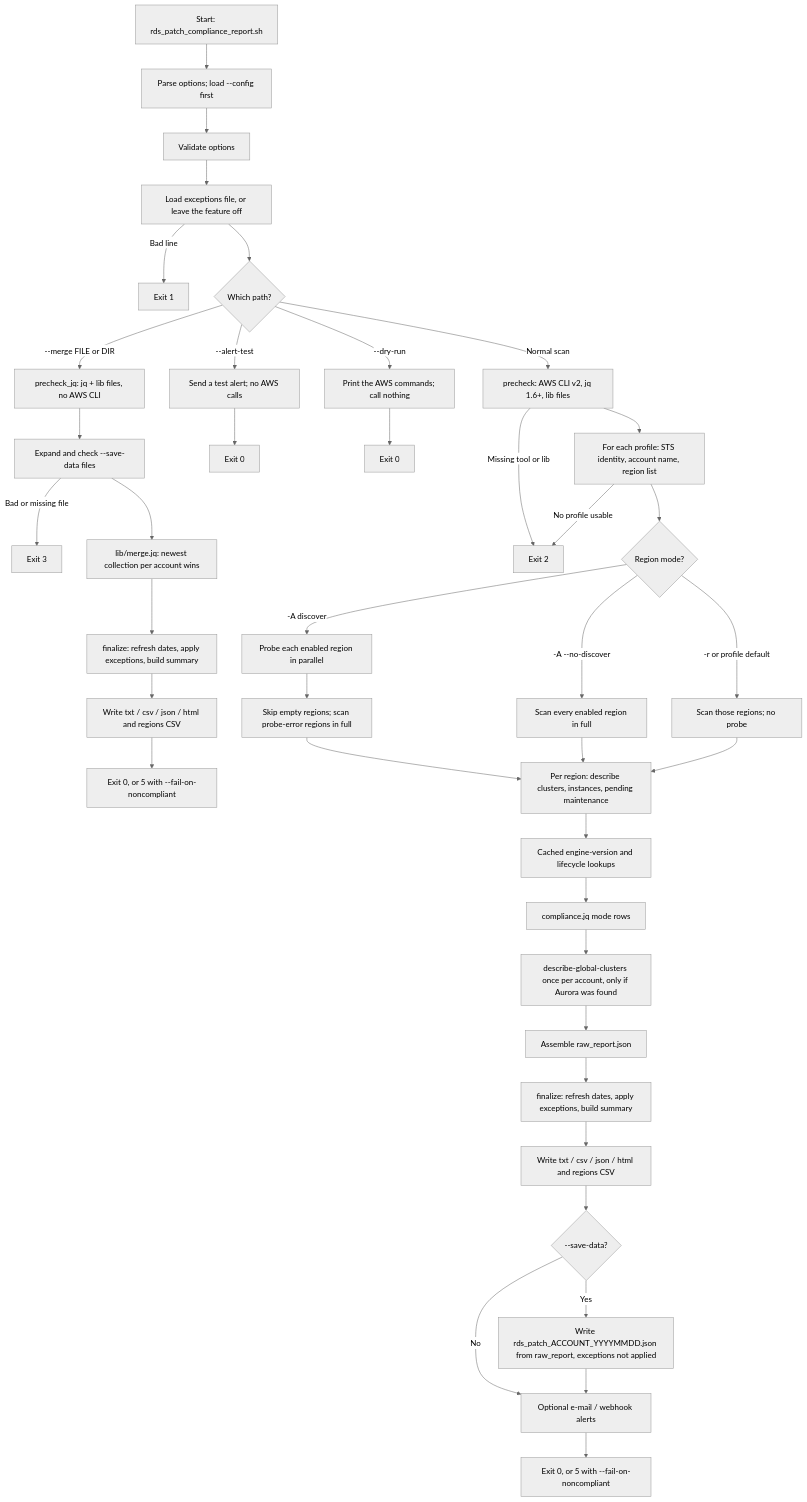
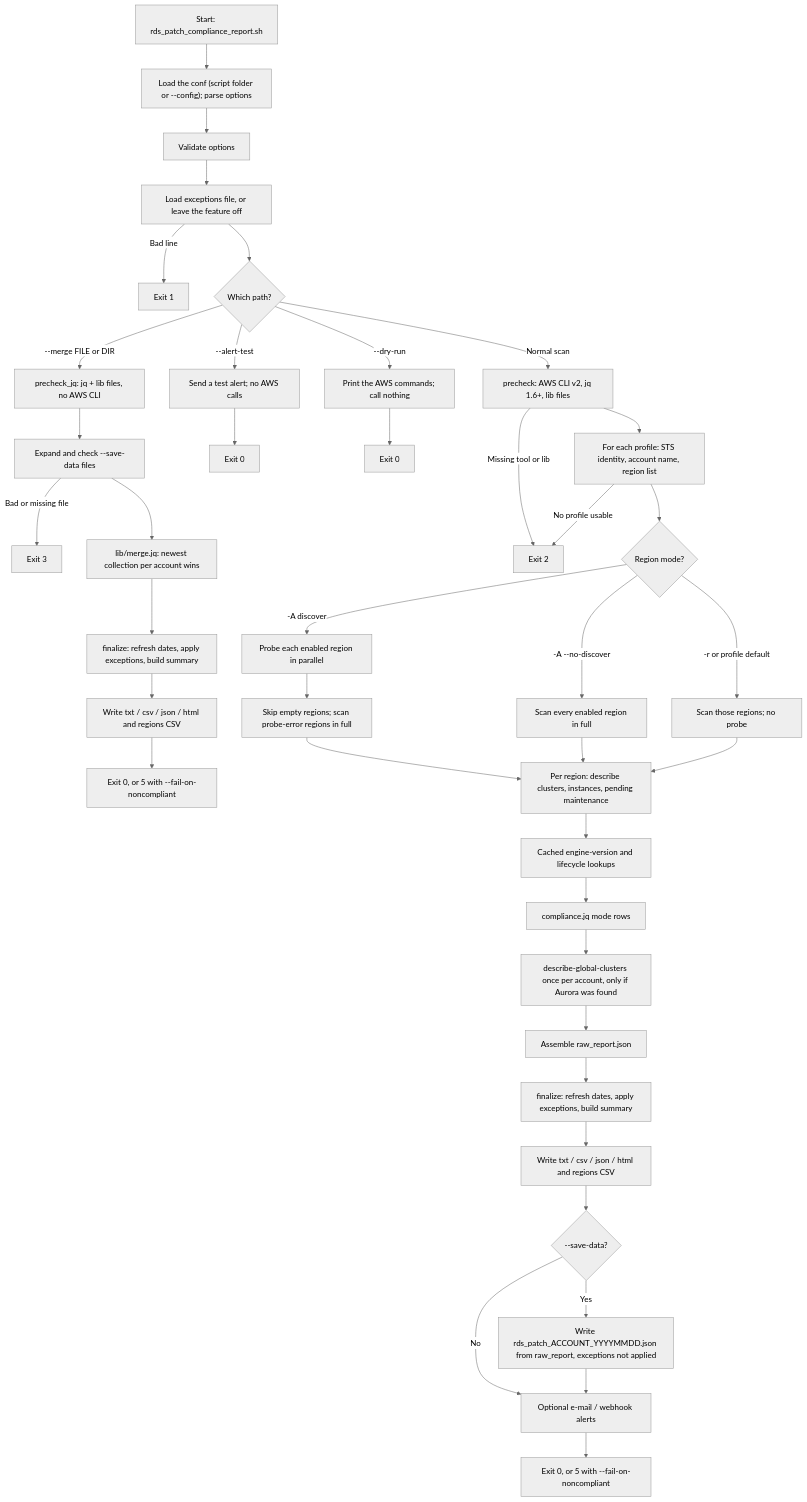
Before and after one commit to manideepgrandhi/rds-patch-compliance: the first of 2 diagrams in docs/ARCHITECTURE.md, drawn with Mermaid (neutral theme). The commit also changed other lines of this file and 18 other files, not shown here.

````diff
--- a/docs/ARCHITECTURE.md
+++ b/docs/ARCHITECTURE.md
@@ -153,46 +153,46 @@
 ```mermaid
 flowchart TD
-  start["Start: rds_patch_compliance_report.sh"] --> parse["Parse options; load --config first"]
+  start["Start: rds_patch_compliance_report.sh"] --> parse["Load the conf (script folder or --config); parse options"]
   parse --> validate["Validate options"]
   validate --> loadexc["Load exceptions file, or leave the feature off"]
   loadexc -->|"Bad line"| exit1["Exit 1"]
   loadexc --> branch{"Which path?"}
 
   branch -->|"--merge FILE or DIR"| mergestart["precheck_jq: jq + lib files, no AWS CLI"]
   mergestart --> mergef["Expand and check --save-data files"]
   mergef -->|"Bad or missing file"| exit3["Exit 3"]
   mergef --> mergejq["lib/merge.jq: newest collection per account wins"]
   mergejq --> finmerge["finalize: refresh dates, apply exceptions, build summary"]
   finmerge --> outmerge["Write txt / csv / json / html and regions CSV"]
   outmerge --> endmerge["Exit 0, or 5 with --fail-on-noncompliant"]
 
   branch -->|"--alert-test"| testalert["Send a test alert; no AWS calls"]
   testalert --> endtest["Exit 0"]
 
   branch -->|"--dry-run"| dry["Print the AWS commands; call nothing"]
   dry --> enddry["Exit 0"]
 
   branch -->|"Normal scan"| pre["precheck: AWS CLI v2, jq 1.6+, lib files"]
   pre -->|"Missing tool or lib"| exit2["Exit 2"]
   pre --> prof["For each profile: STS identity, account name, region list"]
   prof -->|"No profile usable"| exit2
   prof --> disc{"Region mode?"}
   disc -->|"-A discover"| probe["Probe each enabled region in parallel"]
   probe --> keep["Skip empty regions; scan probe-error regions in full"]
   disc -->|"-A --no-discover"| allreg["Scan every enabled region in full"]
   disc -->|"-r or profile default"| explicit["Scan those regions; no probe"]
   keep --> region["Per region: describe clusters, instances, pending maintenance"]
   allreg --> region
   explicit --> region
   region --> vers["Cached engine-version and lifecycle lookups"]
   vers --> rows["compliance.jq mode rows"]
   rows --> glob["describe-global-clusters once per account, only if Aurora was found"]
   glob --> assemble["Assemble raw_report.json"]
   assemble --> fin["finalize: refresh dates, apply exceptions, build summary"]
   fin --> out["Write txt / csv / json / html and regions CSV"]
   out --> saveq{"--save-data?"}
   saveq -->|"Yes"| save["Write rds_patch_ACCOUNT_YYYYMMDD.json from raw_report, exceptions not applied"]
   saveq -->|"No"| alerts
   save --> alerts["Optional e-mail / webhook alerts"]
   alerts --> endscan["Exit 0, or 5 with --fail-on-noncompliant"]
 ```
````
